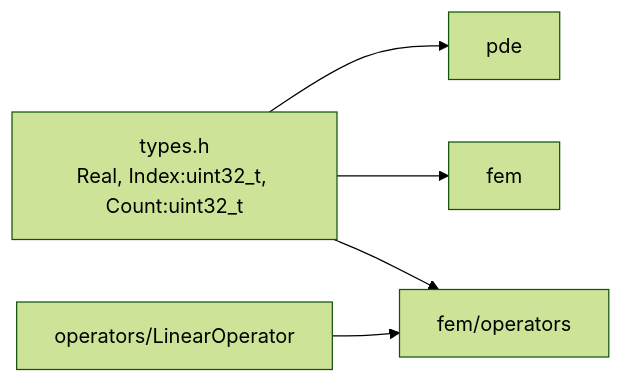
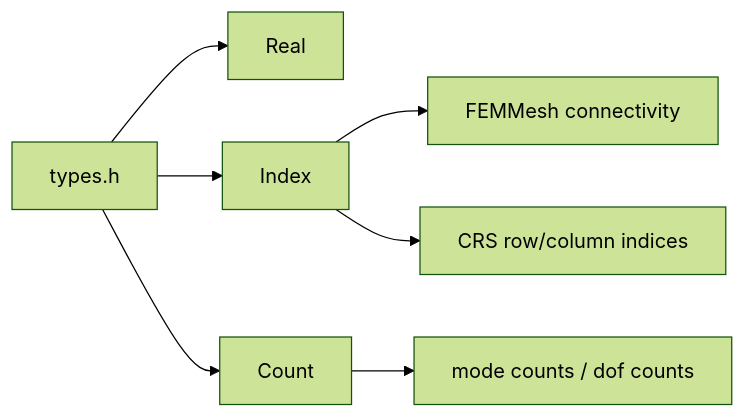
The fifth of 6 diagrams in src/math/ARCHITECTURE.md (anshelino0606/DelaunayForge), drawn with Mermaid (forest theme) before and after one commit. The commit also changed other lines of this file and 64 other files, not shown here.

````diff
--- a/src/math/ARCHITECTURE.md
+++ b/src/math/ARCHITECTURE.md
@@ -52,7 +43,9 @@
 ```mermaid
 flowchart LR
-    types[types.h\nReal, Index:uint32_t, Count:uint32_t] --> pde
-    types --> fem
-    types --> femops[fem/operators]
-    linop[operators/LinearOperator] --> femops
+    types[types.h] --> Real
+    types --> Index
+    types --> Count
+    Index --> Mesh[FEMMesh connectivity]
+    Index --> CRS[CRS row/column indices]
+    Count --> Sizes[mode counts / dof counts]
 ```
````
